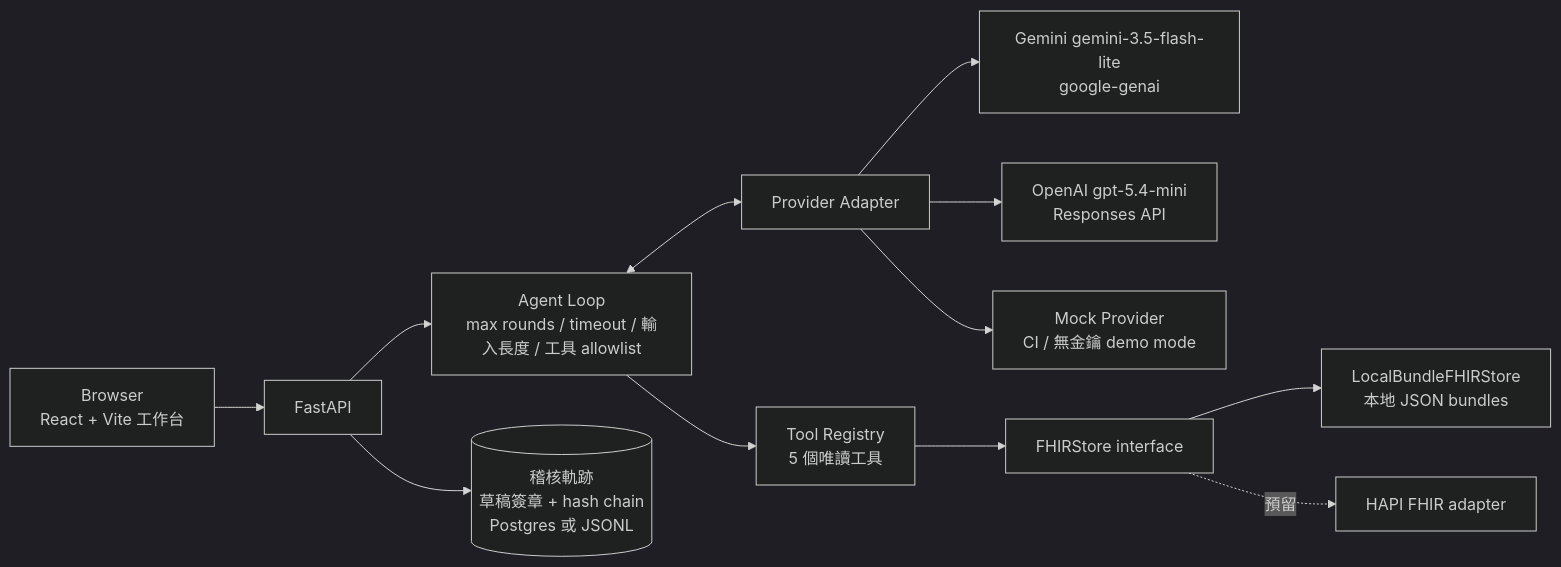
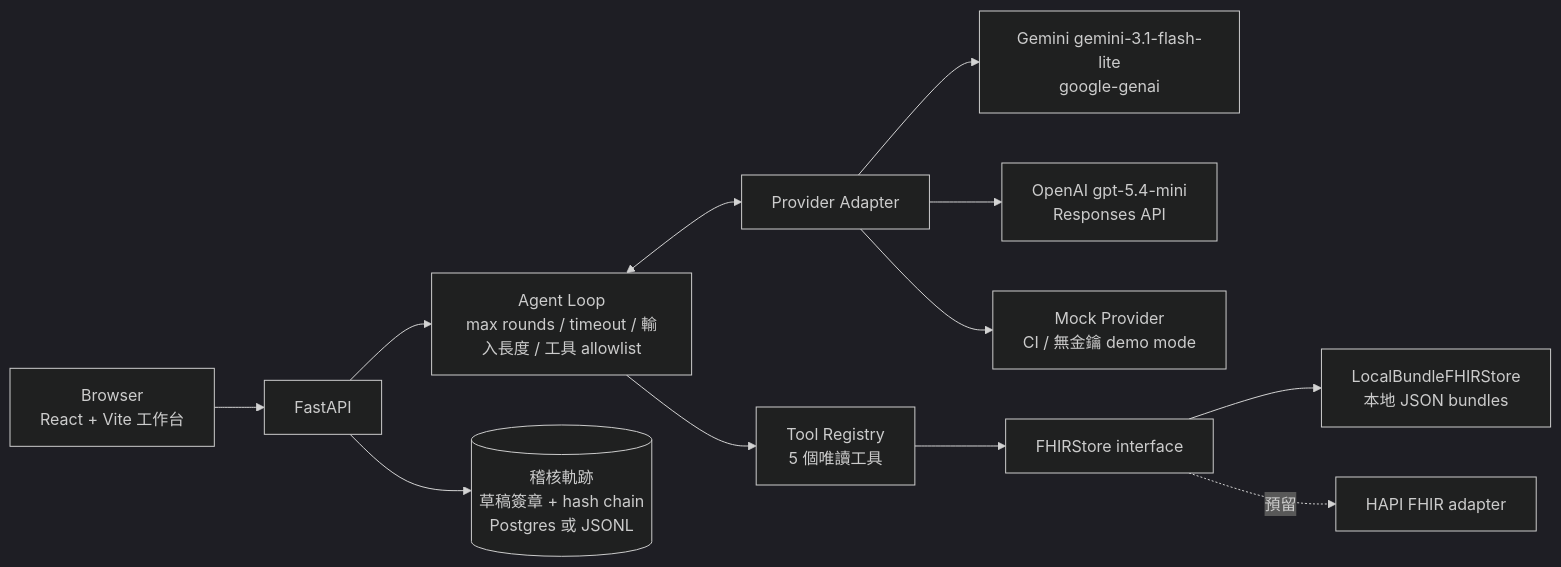
One commit to kuotunyu/fhir-care-copilot changed the diagram in README.md. Above: the diagram before and after it, drawn with Mermaid (dark theme). The commit also changed other lines of this file and 1 other file, not shown here.

First line of the commit message:
docs: 補上 PLAN 兩處與 README 架構圖的過時內容

````diff
--- a/README.md
+++ b/README.md
@@ -41,14 +65,14 @@
 ```mermaid
 flowchart LR
     U[Browser<br/>React + Vite 工作台] --> API[FastAPI]
     API --> AL[Agent Loop<br/>max rounds / timeout / 輸入長度 / 工具 allowlist]
     AL <--> P[Provider Adapter]
-    P --> G[Gemini gemini-3.5-flash-lite<br/>google-genai]
+    P --> G[Gemini gemini-3.1-flash-lite<br/>google-genai]
     P --> O[OpenAI gpt-5.4-mini<br/>Responses API]
     P --> M[Mock Provider<br/>CI / 無金鑰 demo mode]
     AL --> TR[Tool Registry<br/>5 個唯讀工具]
     TR --> FS[FHIRStore interface]
     FS --> LB[LocalBundleFHIRStore<br/>本地 JSON bundles]
     FS -.預留.-> HAPI[HAPI FHIR adapter]
     API --> AUD[(稽核軌跡<br/>草稿簽章 + hash chain<br/>Postgres 或 JSONL)]
 ```
````
